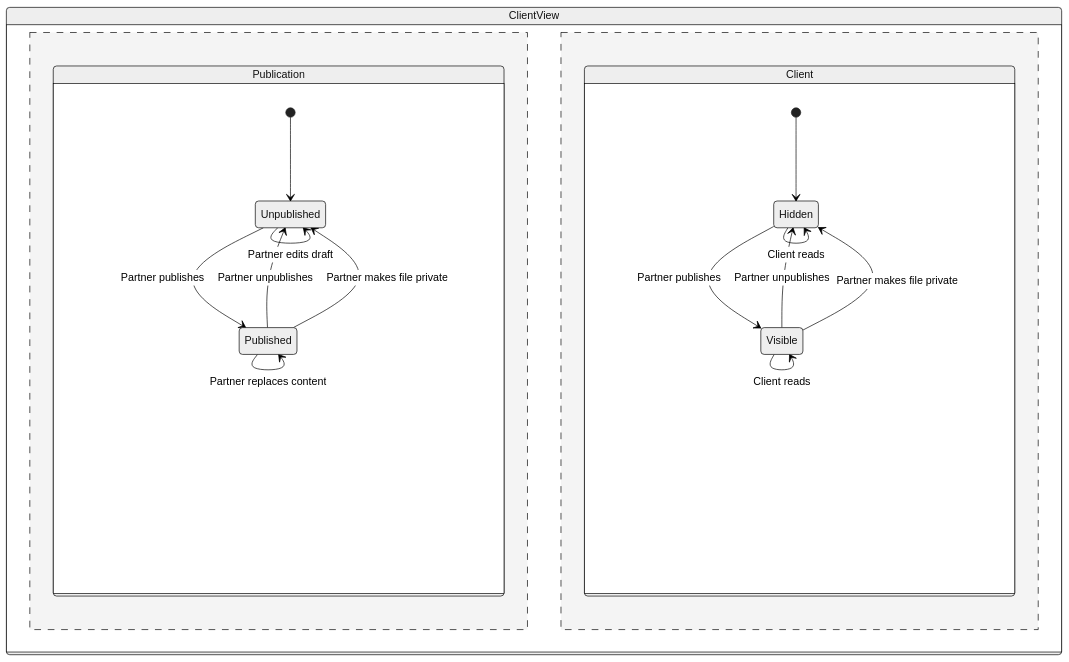
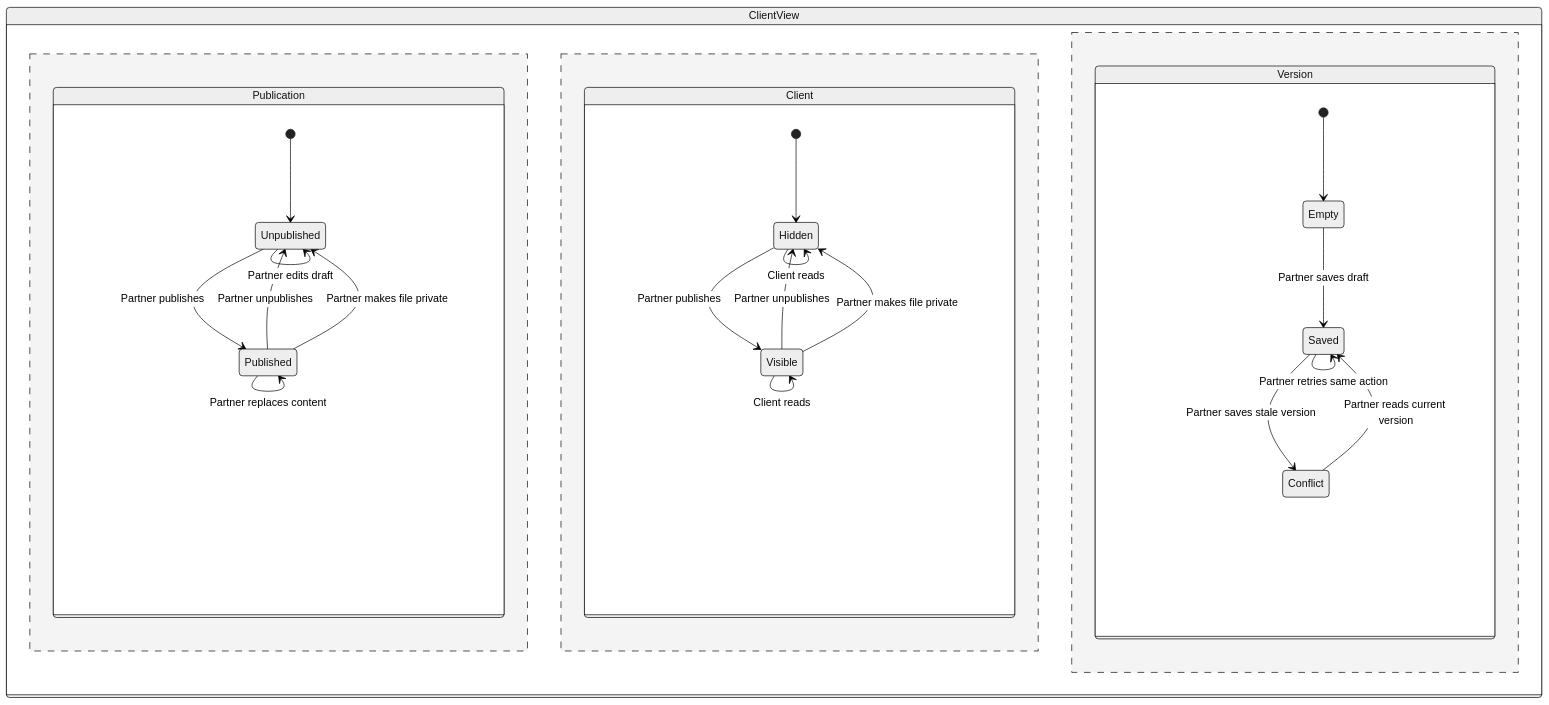
One commit to DoctorCRE/carr-system changed the diagram in workspace/statecharts/wr586-s4-publications/chart.mmd. Above: the diagram before and after it, drawn with Mermaid (neutral theme).

Commit message:
feat: restore versioned client publication projection
Card: WR586.S4.J9

```diff
--- a/workspace/statecharts/wr586-s4-publications/chart.mmd
+++ b/workspace/statecharts/wr586-s4-publications/chart.mmd
@@ -1,23 +1,32 @@
 stateDiagram-v2
  state ClientView {
   state Publication {
    [*] --> Unpublished
    Unpublished --> Published: Partner publishes
    Published --> Unpublished: Partner unpublishes
    Published --> Unpublished: Partner makes file private
    Published --> Published: Partner replaces content
    Unpublished --> Unpublished: Partner edits draft
   }
   --
   state Client {
    [*] --> Hidden
    Hidden --> Visible: Partner publishes
    Visible --> Hidden: Partner unpublishes
    Visible --> Hidden: Partner makes file private
    Visible --> Visible: Partner replaces content
    Hidden --> Hidden: Partner edits draft
    Hidden --> Hidden: Client reads
    Visible --> Visible: Client reads
   }
+  --
+  state Version {
+   [*] --> Empty
+   Empty --> Saved: Partner saves draft
+   Saved --> Saved: Partner saves matching version
+   Saved --> Saved: Partner retries same action
+   Saved --> Conflict: Partner saves stale version
+   Conflict --> Saved: Partner reads current version
+  }
  }
  %% never OnlyPublished: Unpublished & Visible -- Unpublished items never appear to the client
```
